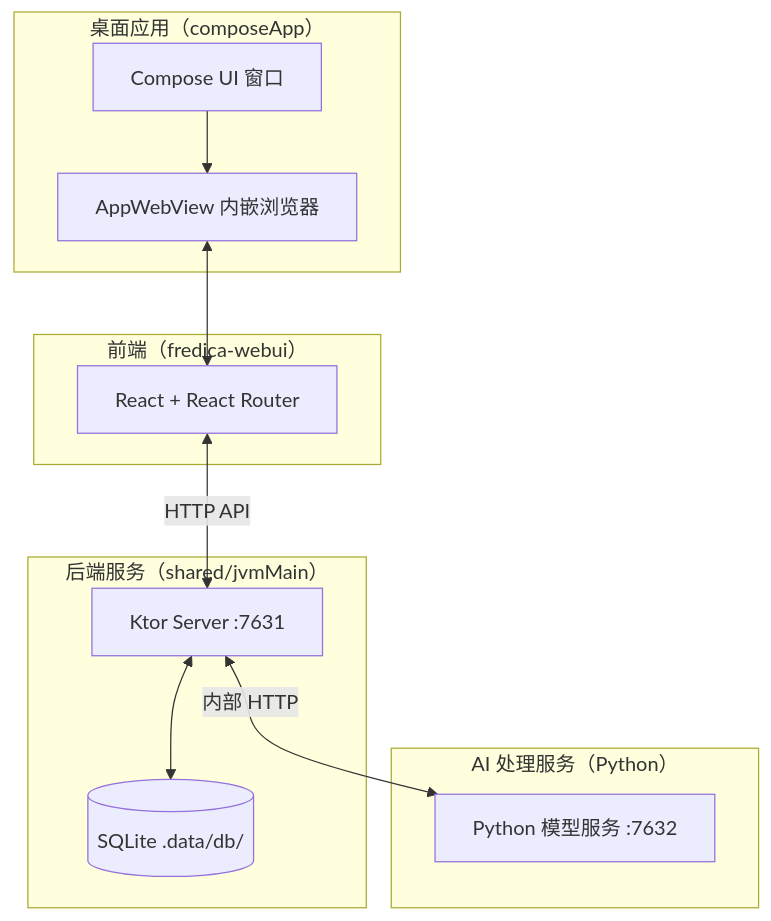
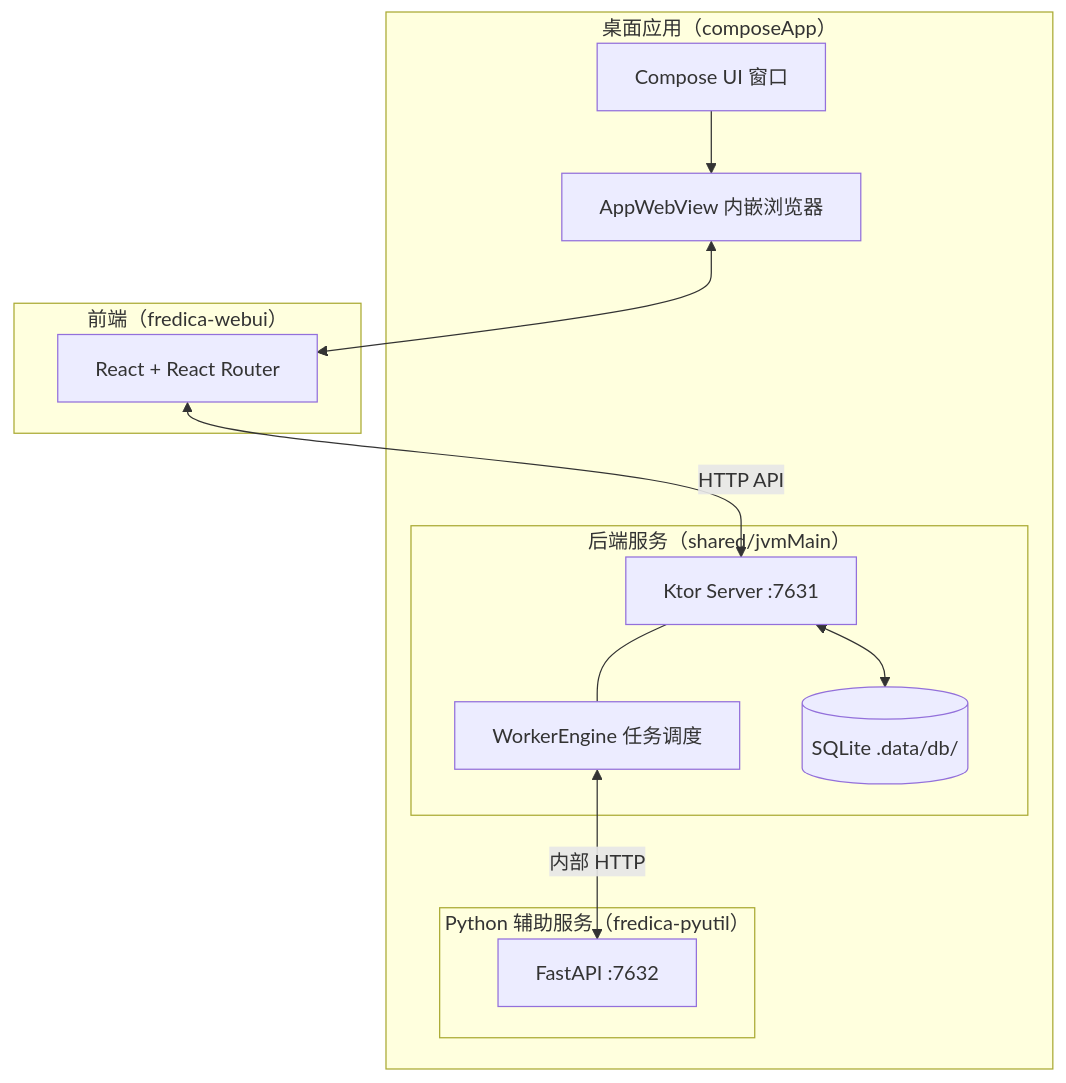
Before and after one commit to project-fredica/fredica: the first of 2 diagrams in docs/dev/architecture.md, drawn with Mermaid. The commit also changed other lines of this file and 5 other files, not shown here.

````diff
--- a/docs/dev/architecture.md
+++ b/docs/dev/architecture.md
@@ -12,26 +12,28 @@
 ```mermaid
 graph TB
     subgraph Desktop["桌面应用（composeApp）"]
         CUI[Compose UI 窗口]
         WV[AppWebView 内嵌浏览器]
+
+        subgraph Backend["后端服务（shared/jvmMain）"]
+            Ktor[Ktor Server :7631]
+            Worker[WorkerEngine 任务调度]
+            DB[(SQLite .data/db/)]
+        end
+
+        subgraph PyService["Python 辅助服务（fredica-pyutil）"]
+            Py[FastAPI :7632]
+        end
     end
 
     subgraph WebUI["前端（fredica-webui）"]
         React[React + React Router]
     end
 
-    subgraph Backend["后端服务（shared/jvmMain）"]
-        Ktor[Ktor Server :7631]
-        DB[(SQLite .data/db/)]
-    end
-
-    subgraph AI["AI 处理服务（Python）"]
-        Py[Python 模型服务 :7632]
-    end
-
     CUI --> WV
     WV <--> React
     React <-->|HTTP API| Ktor
     Ktor <--> DB
-    Ktor <-->|内部 HTTP| Py
+    Ktor --- Worker
+    Worker <-->|内部 HTTP| Py
 ```
````
